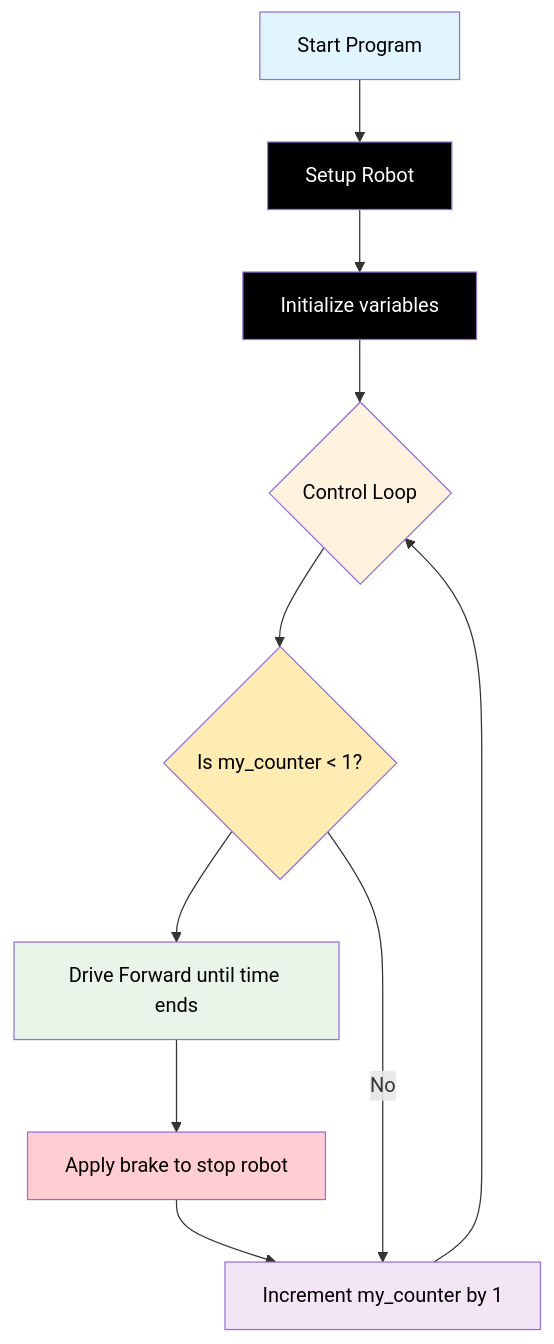
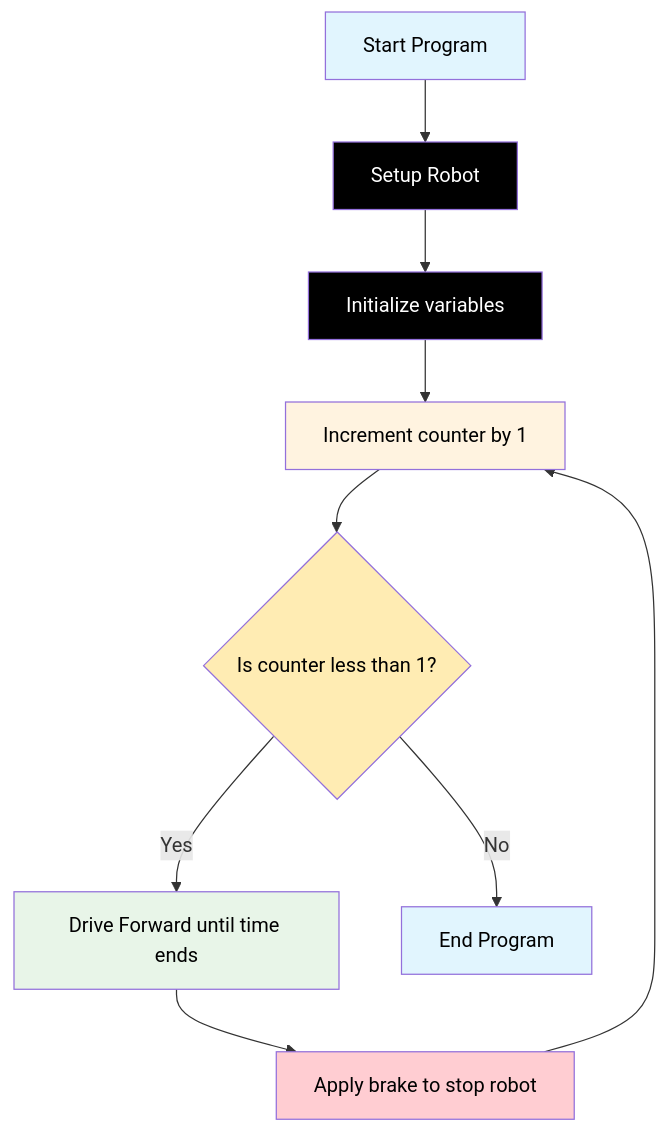
The diagram in docs/Challenge_2.md (TempeHS/AIDriver_MicroPython_Challanges), drawn with Mermaid before and after one commit. The commit also changed other lines of this file and 5 other files, not shown here.

````diff
--- a/docs/Challenge_2.md
+++ b/docs/Challenge_2.md
@@ -16,21 +16,20 @@
 ```mermaid
 flowchart TD
     A[Start Program] --> B[Setup Robot]
     B --> C[Initialize variables]
-    C --> D{Control Loop}
-    D --> E{Is my_counter < 1?}
-    E --> F[Drive Forward until time ends]
+    C --> D[Increment counter by 1]
+    D --> E{Is counter less than 1?}
+    E -->|Yes| F[Drive Forward until time ends]
     F --> G[Apply brake to stop robot]
-    G --> H[Increment my_counter by 1]
-    H --> D
-    E -->|No| H
+    G --> D
+    E -->|No| H[End Program]
 
     style A fill:#e1f5fe,color:#000000
     style B fill:#000000, color:#ffffff
     style C fill:#000000, color:#ffffff
     style D fill:#fff3e0,color:#000000
     style E fill:#ffecb3,color:#000000
     style F fill:#e8f5e8,color:#000000
     style G fill:#ffcdd2,color:#000000
-    style H fill:#f3e5f5,color:#000000
+    style H fill:#e1f5fe,color:#000000
 ```
````
